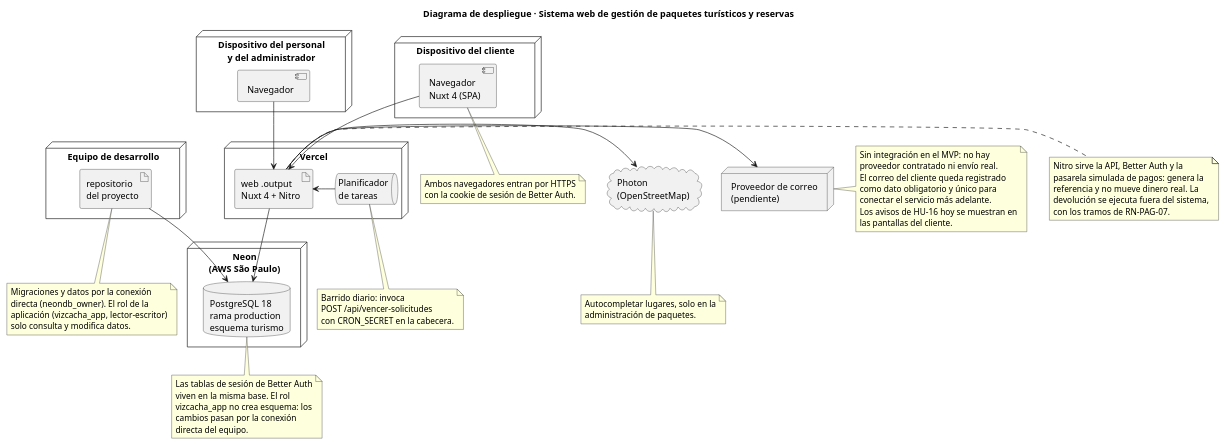
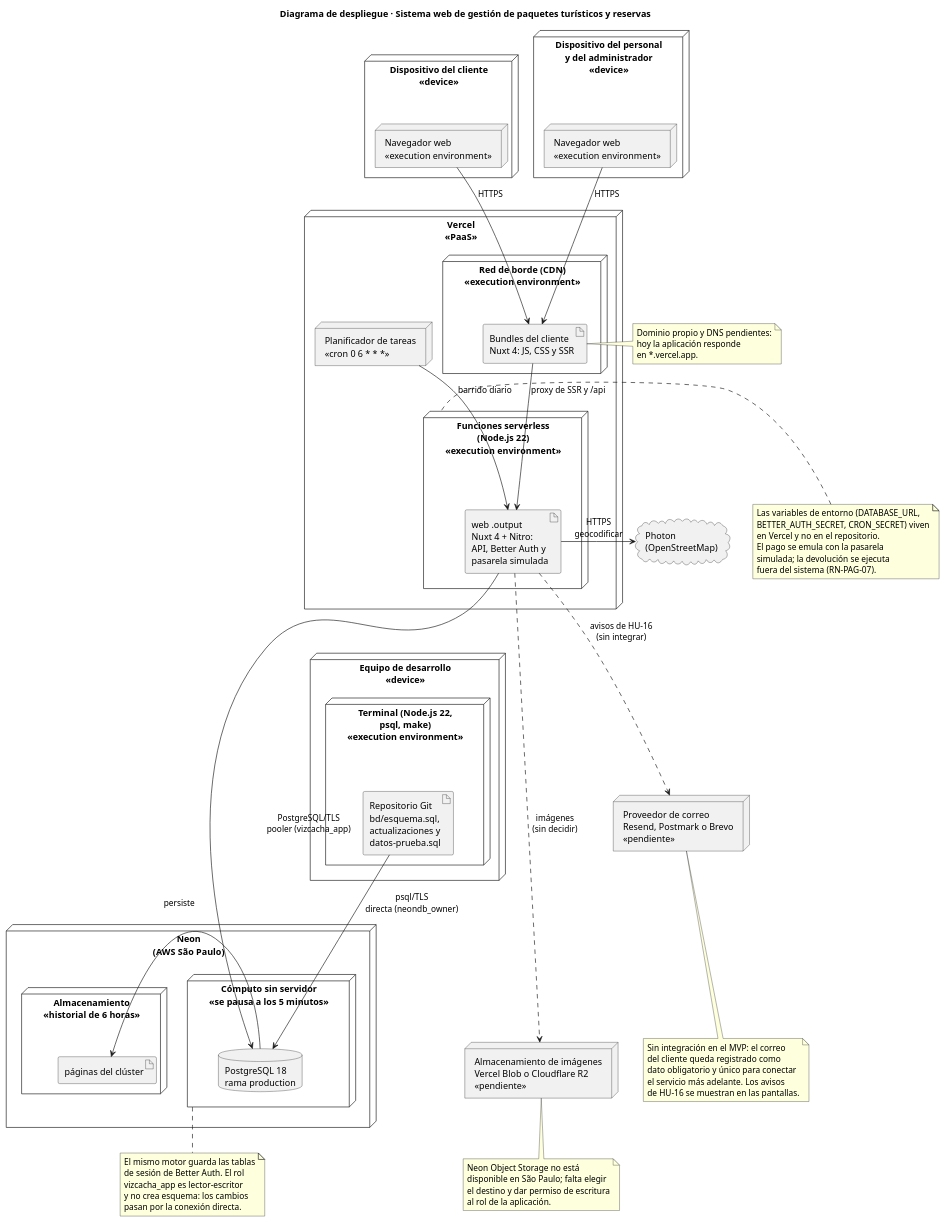
Before and after one commit to fervflow/sis-inf3-proyecto-formativo: the diagram in sistema/diagramas/uml/estructural/diagrama-despliegue.puml, drawn with PlantUML. The commit also changed 3 other files, not shown here.

First line of the commit message:
docs(diagramas): despliegue con artefactos por nodo y orden vertical

```diff
--- a/sistema/diagramas/uml/estructural/diagrama-despliegue.puml
+++ b/sistema/diagramas/uml/estructural/diagrama-despliegue.puml
@@ -1,90 +1,107 @@
 @startuml
 title Diagrama de despliegue · Sistema web de gestión de paquetes turísticos y reservas
-' Estructura física del MVP: la web vive en Vercel y la base en Neon,
-' con el rol de aplicación de menos privilegios y el barrido diario por
-' el planificador de Vercel. El proveedor de correo está pendiente: los
-' avisos de HU-16 se muestran en las pantallas del cliente.
+' Estructura física del MVP: los navegadores cargan los bundles desde la
+' red de borde de Vercel, que corre las funciones serverless de Nitro;
+' la base vive en Neon con cómputo sin servidor y almacenamiento separado.
+' El equipo de desarrollo aplica el esquema por conexión directa. Correo,
+' imágenes y pasarela real están pendientes de contratar: los avisos de
+' HU-16 hoy se muestran en las pantallas del cliente.
 hide circle
+top to bottom direction
+skinparam nodesep 40
+skinparam ranksep 45
 
-node "Dispositivo del cliente" {
-  component "Navegador\nNuxt 4 (SPA)" as BROWSER_CLI
+node "Dispositivo del cliente\n«device»" {
+  node "Navegador web\n«execution environment»" as NAV_CLI
 }
 
-node "Dispositivo del personal\ny del administrador" {
-  component "Navegador" as BROWSER_PER
+node "Dispositivo del personal\ny del administrador\n«device»" {
+  node "Navegador web\n«execution environment»" as NAV_PER
 }
 
-node "Vercel" {
-  artifact "web .output\nNuxt 4 + Nitro" as ART_APP
-  queue "Planificador\nde tareas" as CRON
+node "Vercel\n«PaaS»" {
+  node "Red de borde (CDN)\n«execution environment»" as CDN {
+    artifact "Bundles del cliente\nNuxt 4: JS, CSS y SSR" as ART_WEB
+  }
+  node "Funciones serverless\n(Node.js 22)\n«execution environment»" as FN {
+    artifact "web .output\nNuxt 4 + Nitro:\nAPI, Better Auth y\npasarela simulada" as ART_APP
+  }
+  node "Planificador de tareas\n«cron 0 6 * * *»" as CRON
 }
 
 node "Neon\n(AWS São Paulo)" {
-  database "PostgreSQL 18\nrama production\nesquema turismo" as DB
+  node "Cómputo sin servidor\n«se pausa a los 5 minutos»" as COMPUTE {
+    database "PostgreSQL 18\nrama production" as DB
+  }
+  node "Almacenamiento\n«historial de 6 horas»" as STORAGE {
+    artifact "páginas del clúster" as PAGES
+  }
+  DB -right-> PAGES : persiste
 }
 
-node "Equipo de desarrollo" {
-  artifact "repositorio\ndel proyecto" as ART_SQL
+node "Equipo de desarrollo\n«device»" {
+  node "Terminal (Node.js 22,\npsql, make)\n«execution environment»" as DEV {
+    artifact "Repositorio Git\nbd/esquema.sql,\nactualizaciones y\ndatos-prueba.sql" as ART_SQL
+  }
 }
 
 cloud "Photon\n(OpenStreetMap)" as PHOTON
 
-node "Proveedor de correo\n(pendiente)" as MAIL
+node "Proveedor de correo\nResend, Postmark o Brevo\n«pendiente»" as MAIL
 
-BROWSER_CLI -down-> ART_APP
-BROWSER_PER -down-> ART_APP
-CRON -left-> ART_APP
-ART_APP -down-> DB
-ART_SQL -down-> DB
-ART_APP -right-> PHOTON
-ART_APP -right-> MAIL
+node "Almacenamiento de imágenes\nVercel Blob o Cloudflare R2\n«pendiente»" as BLOB
 
-note right of ART_APP
-  Nitro sirve la API, Better Auth y la
-  pasarela simulada de pagos: genera la
-  referencia y no mueve dinero real. La
-  devolución se ejecuta fuera del sistema,
-  con los tramos de RN-PAG-07.
+NAV_CLI -down-> ART_WEB : HTTPS
+NAV_PER -down-> ART_WEB : HTTPS
+ART_WEB -down-> ART_APP : proxy de SSR y /api
+CRON -down-> ART_APP : barrido diario
+ART_APP -down-> DB : PostgreSQL/TLS\npooler (vizcacha_app)
+ART_SQL -down-> DB : psql/TLS\ndirecta (neondb_owner)
+ART_APP -right-> PHOTON : HTTPS\ngeocodificar
+ART_APP .right.> MAIL : avisos de HU-16\n(sin integrar)
+ART_APP .right.> BLOB : imágenes\n(sin decidir)
+
+' Orden de maquetación: la columna externa se apila y el equipo de
+' desarrollo baja a su propio nivel. No dibujan nada.
+ART_APP -[hidden]down-> ART_SQL
+PHOTON -[hidden]down-> MAIL
+MAIL -[hidden]down-> BLOB
+
+note left of FN
+  Las variables de entorno (DATABASE_URL,
+  BETTER_AUTH_SECRET, CRON_SECRET) viven
+  en Vercel y no en el repositorio.
+  El pago se emula con la pasarela
+  simulada; la devolución se ejecuta
+  fuera del sistema (RN-PAG-07).
 end note
 
-note bottom of CRON
-  Barrido diario: invoca
-  POST /api/vencer-solicitudes
-  con CRON_SECRET en la cabecera.
+note right of ART_WEB
+  Dominio propio y DNS pendientes:
+  hoy la aplicación responde
+  en *.vercel.app.
 end note
 
-note bottom of BROWSER_CLI
-  Ambos navegadores entran por HTTPS
-  con la cookie de sesión de Better Auth.
+note bottom of COMPUTE
+  El mismo motor guarda las tablas
+  de sesión de Better Auth. El rol
+  vizcacha_app es lector-escritor
+  y no crea esquema: los cambios
+  pasan por la conexión directa.
 end note
 
-note bottom of ART_SQL
-  Migraciones y datos por la conexión
-  directa (neondb_owner). El rol de la
-  aplicación (vizcacha_app, lector-escritor)
-  solo consulta y modifica datos.
+note bottom of MAIL
+  Sin integración en el MVP: el correo
+  del cliente queda registrado como
+  dato obligatorio y único para conectar
+  el servicio más adelante. Los avisos
+  de HU-16 se muestran en las pantallas.
 end note
 
-note right of MAIL
-  Sin integración en el MVP: no hay
-  proveedor contratado ni envío real.
-  El correo del cliente queda registrado
-  como dato obligatorio y único para
-  conectar el servicio más adelante.
-  Los avisos de HU-16 hoy se muestran en
-  las pantallas del cliente.
-end note
-
-note bottom of PHOTON
-  Autocompletar lugares, solo en la
-  administración de paquetes.
-end note
-
-note bottom of DB
-  Las tablas de sesión de Better Auth
-  viven en la misma base. El rol
-  vizcacha_app no crea esquema: los
-  cambios pasan por la conexión
-  directa del equipo.
+note bottom of BLOB
+  Neon Object Storage no está
+  disponible en São Paulo; falta elegir
+  el destino y dar permiso de escritura
+  al rol de la aplicación.
 end note
 @enduml
```
